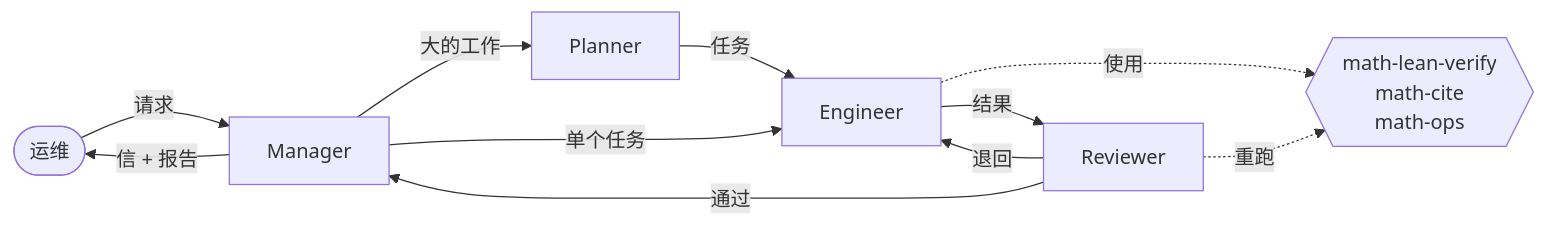
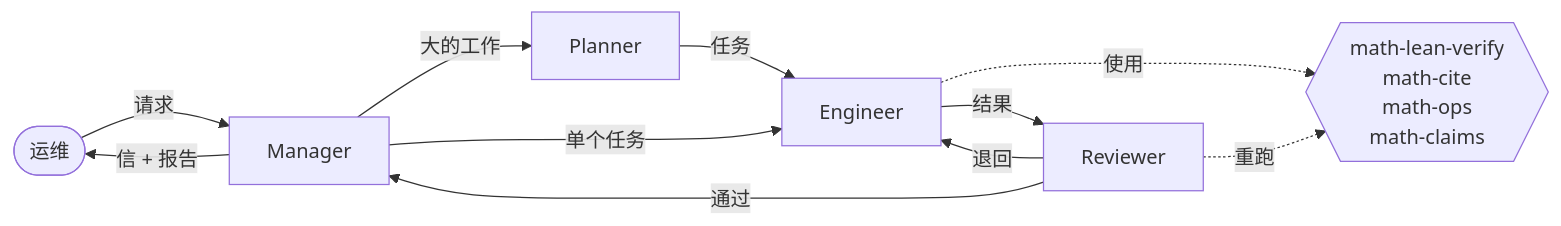
One commit to Argus-AiTeam/argus-counterexample-runtime changed the diagram in README.zh-CN.md. Above: the diagram before and after it, drawn with Mermaid. The commit also changed other lines of this file and 5 other files, not shown here.

Commit message:
Spec 0.18, pack 0.5.0: claims table closes each verdict; math-claims reads it back

````diff
--- a/README.zh-CN.md
+++ b/README.zh-CN.md
@@ -40,13 +40,13 @@
 ```mermaid
 flowchart LR
   O([运维]) -- 请求 --> M[Manager]
   M -- 大的工作 --> P[Planner]
   P -- 任务 --> E[Engineer]
   M -- 单个任务 --> E
   E -- 结果 --> R[Reviewer]
   R -- 退回 --> E
   R -- 通过 --> M
   M -- 信 + 报告 --> O
-  E -. 使用 .-> T{{math-lean-verify<br/>math-cite<br/>math-ops}}
+  E -. 使用 .-> T{{math-lean-verify<br/>math-cite<br/>math-ops<br/>math-claims}}
   R -. 重跑 .-> T
 ```
````
